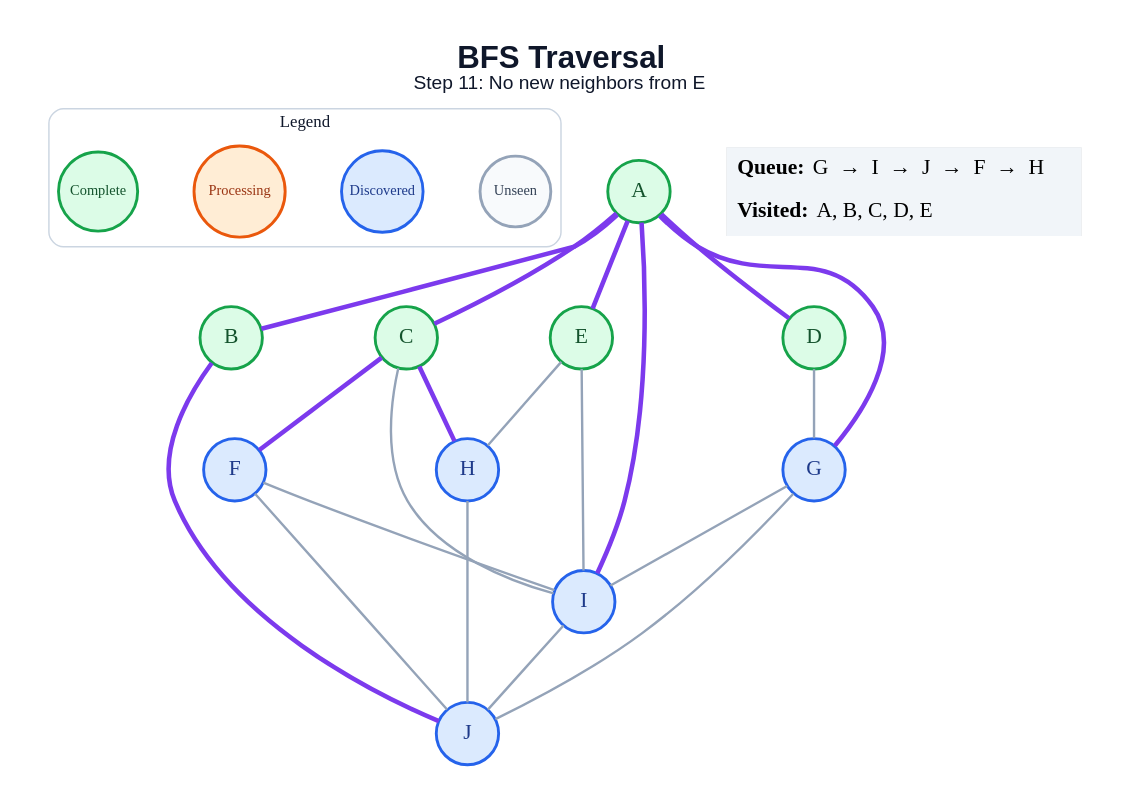
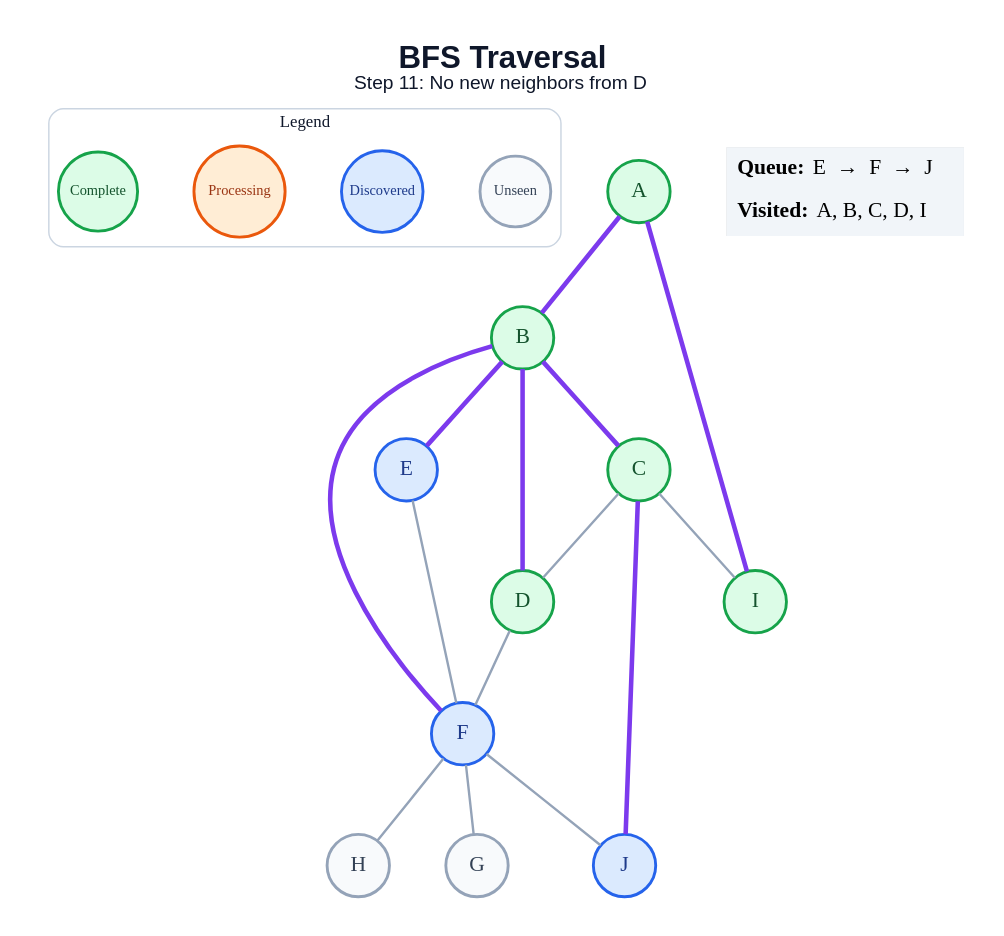
Before and after one commit to anon7238593-create/ai-slop: the diagram in generated/bfs/step_11.dot, drawn with Graphviz. The commit also changed 178 other files, not shown here.

```diff
--- a/generated/bfs/step_11.dot
+++ b/generated/bfs/step_11.dot
@@ -1,48 +1,43 @@
 graph traversal {
   graph [layout=dot, rankdir=TB, bgcolor="#FFFFFF", pad="0.35", nodesep="0.65", ranksep="0.8", fontname="Arial"];
   node [shape=circle, style="filled", fontname="Arial Bold", fontsize=18, width=0.72, fixedsize=true, penwidth=2.4];
   edge [color="#94A3B8", penwidth=2.0];
-  label=<<B>BFS Traversal</B><BR/><FONT POINT-SIZE="16">Step 11: No new neighbors from E</FONT>>; labelloc="t"; fontsize=26; fontname="Arial"; fontcolor="#0F172A";
+  label=<<B>BFS Traversal</B><BR/><FONT POINT-SIZE="16">Step 11: No new neighbors from D</FONT>>; labelloc="t"; fontsize=26; fontname="Arial"; fontcolor="#0F172A";
   subgraph cluster_legend { label="Legend"; color="#CBD5E1"; penwidth=1.2; style="rounded"; fontsize=14; fontname="Arial Bold";
     key_unseen [label="Unseen", fillcolor="#F8FAFC", color="#94A3B8", fontcolor="#334155", fontsize=12, width=0.82];
     key_frontier [label="Discovered", fillcolor="#DBEAFE", color="#2563EB", fontcolor="#1E3A8A", fontsize=12, width=0.95];
     key_current [label="Processing", fillcolor="#FFEDD5", color="#EA580C", fontcolor="#9A3412", fontsize=12, width=1.05];
     key_done [label="Complete", fillcolor="#DCFCE7", color="#16A34A", fontcolor="#14532D", fontsize=12, width=0.92];
     { rank=same; key_unseen; key_frontier; key_current; key_done; }
   }
   A [fillcolor="#DCFCE7", color="#16A34A", fontcolor="#14532D"];
   B [fillcolor="#DCFCE7", color="#16A34A", fontcolor="#14532D"];
   C [fillcolor="#DCFCE7", color="#16A34A", fontcolor="#14532D"];
   D [fillcolor="#DCFCE7", color="#16A34A", fontcolor="#14532D"];
-  E [fillcolor="#DCFCE7", color="#16A34A", fontcolor="#14532D"];
+  E [fillcolor="#DBEAFE", color="#2563EB", fontcolor="#1E3A8A"];
   F [fillcolor="#DBEAFE", color="#2563EB", fontcolor="#1E3A8A"];
-  G [fillcolor="#DBEAFE", color="#2563EB", fontcolor="#1E3A8A"];
-  H [fillcolor="#DBEAFE", color="#2563EB", fontcolor="#1E3A8A"];
-  I [fillcolor="#DBEAFE", color="#2563EB", fontcolor="#1E3A8A"];
+  G [fillcolor="#F8FAFC", color="#94A3B8", fontcolor="#334155"];
+  H [fillcolor="#F8FAFC", color="#94A3B8", fontcolor="#334155"];
+  I [fillcolor="#DCFCE7", color="#16A34A", fontcolor="#14532D"];
   J [fillcolor="#DBEAFE", color="#2563EB", fontcolor="#1E3A8A"];
   A -- B [color="#7C3AED", penwidth=3.8];
-  A -- C [color="#7C3AED", penwidth=3.8];
-  A -- D [color="#7C3AED", penwidth=3.8];
-  A -- E [color="#7C3AED", penwidth=3.8];
-  A -- G [color="#7C3AED", penwidth=3.8];
   A -- I [color="#7C3AED", penwidth=3.8];
-  B -- J [color="#7C3AED", penwidth=3.8];
-  C -- F [color="#7C3AED", penwidth=3.8];
-  C -- H [color="#7C3AED", penwidth=3.8];
+  B -- C [color="#7C3AED", penwidth=3.8];
+  B -- D [color="#7C3AED", penwidth=3.8];
+  B -- E [color="#7C3AED", penwidth=3.8];
+  B -- F [color="#7C3AED", penwidth=3.8];
+  C -- D;
   C -- I;
-  D -- G;
-  E -- H;
-  E -- I;
-  F -- I;
+  C -- J [color="#7C3AED", penwidth=3.8];
+  D -- F;
+  E -- F;
+  F -- G;
+  F -- H;
   F -- J;
-  G -- I;
-  G -- J;
-  H -- J;
-  I -- J;
   status [shape=plain, fixedsize=false, width=0, height=0, margin=0, label=<
     <TABLE BORDER="0" CELLBORDER="0" CELLPADDING="7" BGCOLOR="#F1F5F9">
-      <TR><TD ALIGN="LEFT"><B>Queue:</B> G  →  I  →  J  →  F  →  H</TD></TR>
-      <TR><TD ALIGN="LEFT"><B>Visited:</B> A, B, C, D, E</TD></TR>
+      <TR><TD ALIGN="LEFT"><B>Queue:</B> E  →  F  →  J</TD></TR>
+      <TR><TD ALIGN="LEFT"><B>Visited:</B> A, B, C, D, I</TD></TR>
     </TABLE>
   >];
 }
```
